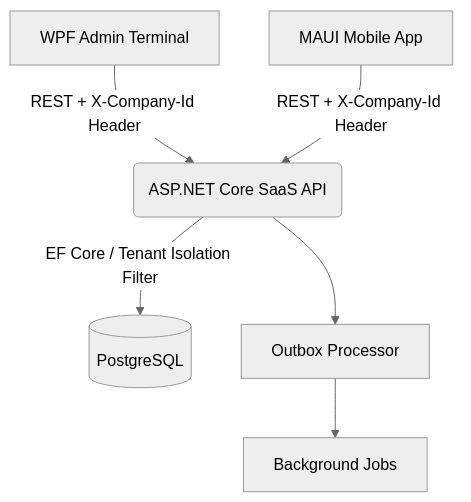
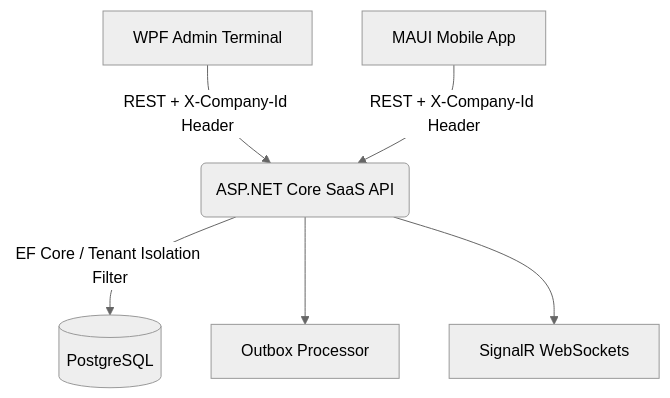
One commit to iamfifya/AccuratSystem changed the diagram in README.md. Above: the diagram before and after it, drawn with Mermaid (neutral theme). The commit also changed other lines of this file, not shown here.

````diff
--- a/README.md
+++ b/README.md
@@ -21,9 +26,9 @@
 ```mermaid
 graph TD
     A[WPF Admin Terminal] -->|REST + X-Company-Id Header| B(ASP.NET Core SaaS API)
     C[MAUI Mobile App] -->|REST + X-Company-Id Header| B
     B -->|EF Core / Tenant Isolation Filter| D[(PostgreSQL)]
     B --> E[Outbox Processor]
-    E --> F[Background Jobs]
+    B --> F[SignalR WebSockets]
 
 ```
````
